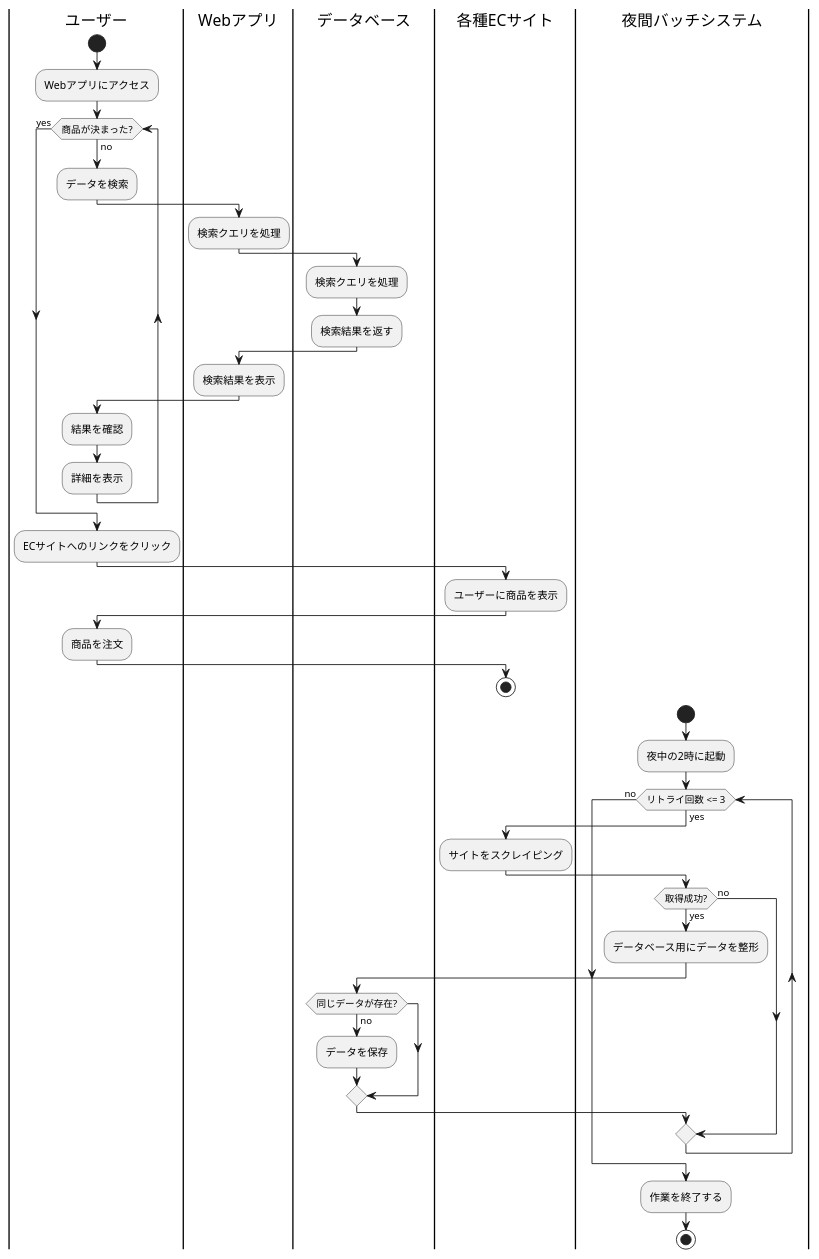
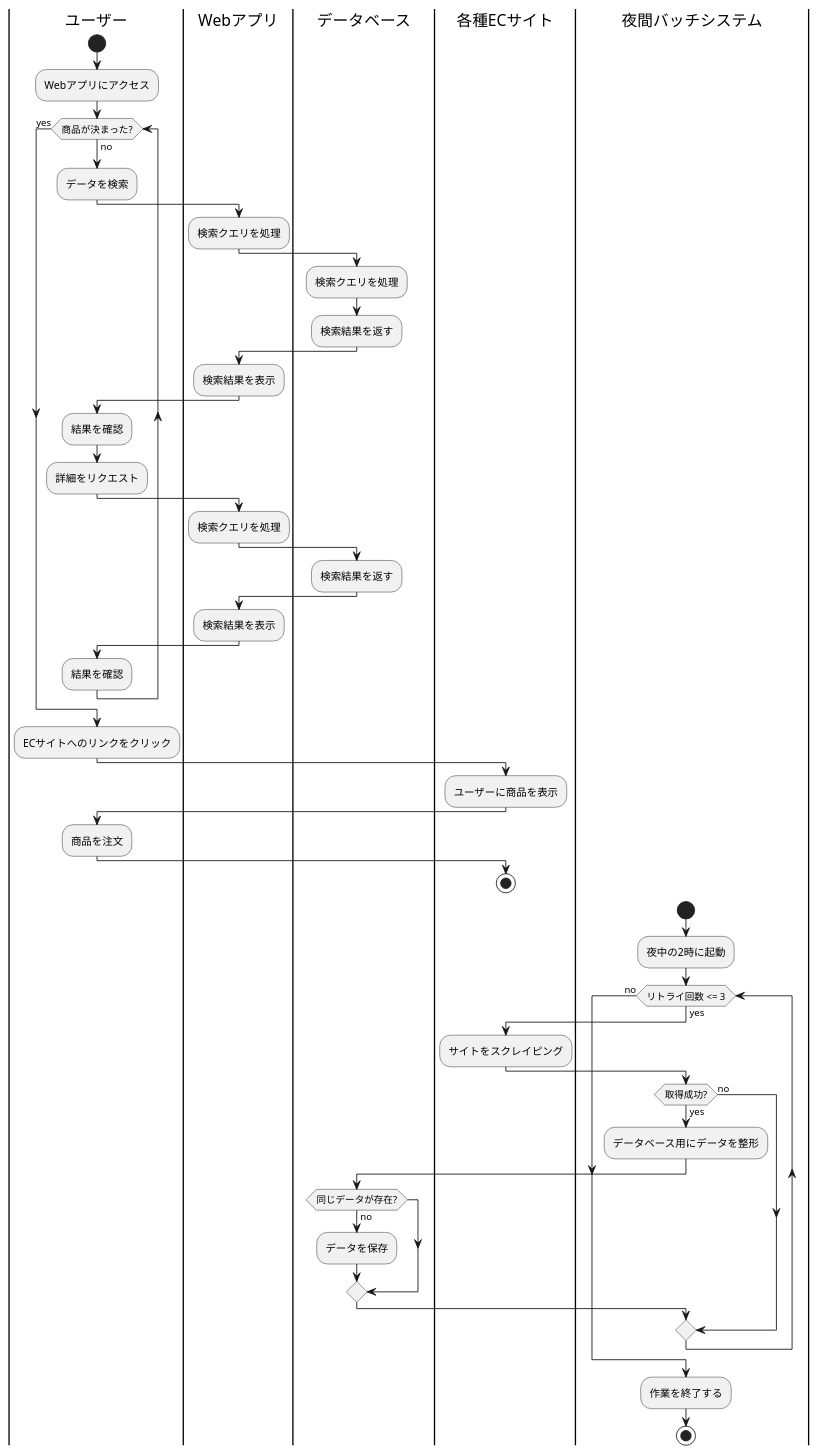
One commit to KoichiYanagisawa/apprentice changed the diagram in original_product/swimlane.pu. Above: the diagram before and after it, drawn with PlantUML.

Commit message:
ユーザーが検索するタイミングを修正

```diff
--- a/original_product/swimlane.pu
+++ b/original_product/swimlane.pu
@@ -1,45 +1,53 @@
 @startuml
 |ユーザー|
 start
 :Webアプリにアクセス;
 while (商品が決まった?) is (no)
   :データを検索;
   |Webアプリ|
   :検索クエリを処理;
   |データベース|
   :検索クエリを処理;
   :検索結果を返す;
   |Webアプリ|
   :検索結果を表示;
   |ユーザー|
   :結果を確認;
-  :詳細を表示;
+  :詳細をリクエスト;
+  |Webアプリ|
+  :検索クエリを処理;
+  |データベース|
+  :検索結果を返す;
+  |Webアプリ|
+  :検索結果を表示;
+  |ユーザー|
+  :結果を確認;
 endwhile (yes)
 :ECサイトへのリンクをクリック;
 |各種ECサイト|
 :ユーザーに商品を表示;
 |ユーザー|
 :商品を注文;
 |各種ECサイト|
 stop
 
 |夜間バッチシステム|
 start
 :夜中の2時に起動;
 while (リトライ回数 <= 3) is (yes)
   |各種ECサイト|
   :サイトをスクレイピング;
   |夜間バッチシステム|
   if (取得成功?) then (yes)
     :データベース用にデータを整形;
     |データベース|
     if (同じデータが存在?) then (no)
       :データを保存;
     endif
   else (no)
   endif
 endwhile (no)
 |夜間バッチシステム|
 :作業を終了する;
 stop
 @enduml
```
